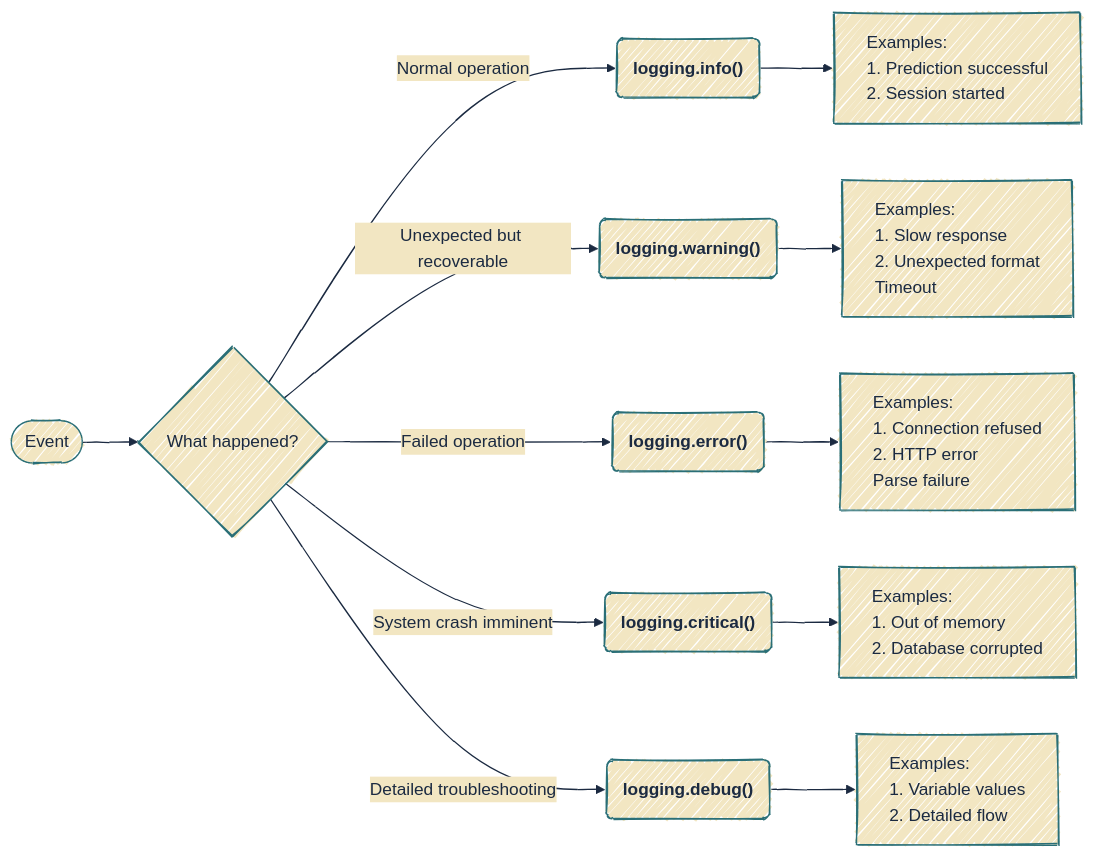
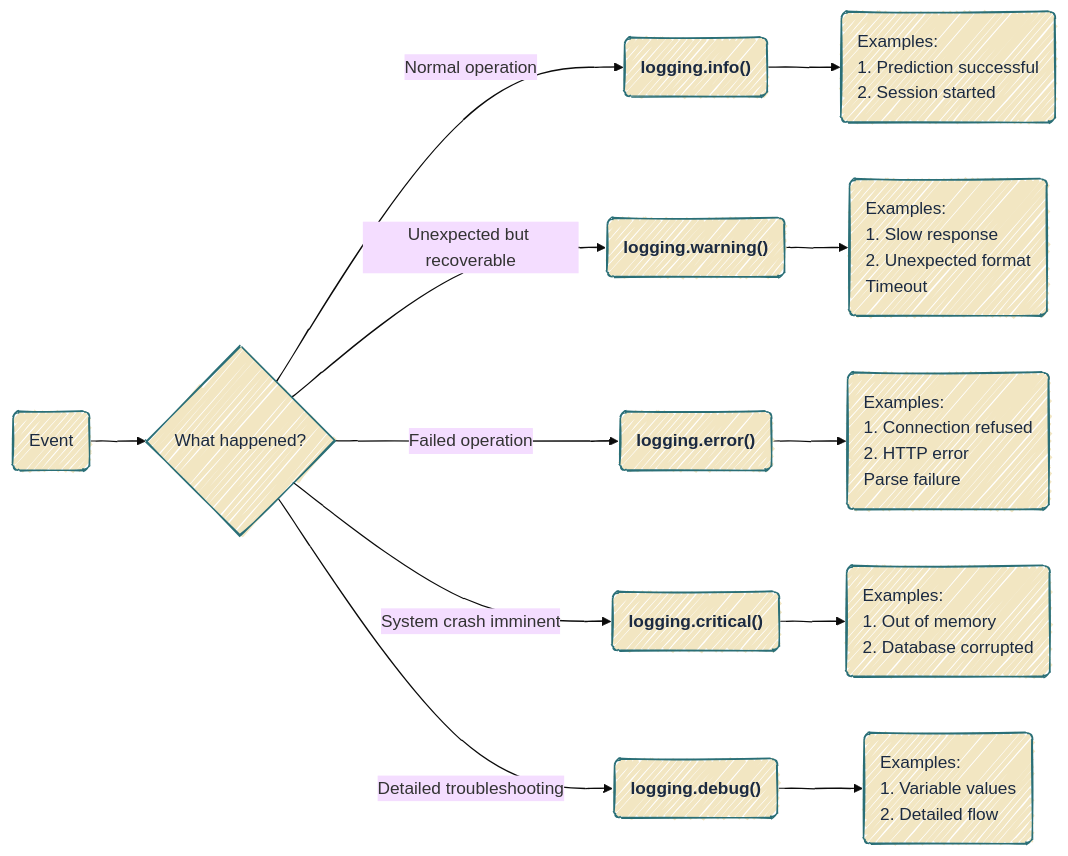
Diagram 13 of 15 in app-log-py.qmd (mjfrigaard/do4ds-labs), drawn with Mermaid before and after one commit. The commit also changed other lines of this file and 37 other files, not shown here.

Commit message:
updates to mermaid

````diff
--- a/app-log-py.qmd
+++ b/app-log-py.qmd
@@ -1545,29 +1588,30 @@
 ```{mermaid}
 %%| fig-cap: 'Logging Levels Decision Tree'
 %%| fig-width: 7.0
 %%| fig-align: center
-%%{init: {'theme': 'base', 'look': 'handDrawn', 'themeVariables': { 'fontFamily': 'monospace', 'primaryColor': '#F2E6C2', 'primaryBorderColor': '#2A6F77', 'primaryTextColor': '#1B2A41', 'secondaryColor': '#d4e7e4', 'tertiaryColor': '#f5f0e4', 'lineColor': '#1B2A41', 'edgeLabelBackground': '#F2E6C2'}}}%%
+%%{init: {'theme': 'base', 'look': 'handDrawn', 'themeVariables': {'fontFamily': 'monospace'}}}%%
 
 graph LR
-    A(["Event"]) --> B{"What happened?"}
+    A("Event") --> B{"What happened?"}
     
     B -->|Normal operation| C("<strong>logging.info()</strong>")
     B -->|Unexpected but recoverable| D("<strong>logging.warning()</strong>")
     B -->|Failed operation| E("<strong>logging.error()</strong>")
     B -->|System crash imminent| F("<strong>logging.critical()</strong>")
     B -->|Detailed troubleshooting| G("<strong>logging.debug()</strong>")
     
-    C --> C1["Examples:<br/>1. Prediction successful<br/>2. Session started"]
-    D --> D1["Examples:<br/>1. Slow response<br/>2. Unexpected format<br/>Timeout"]
-    E --> E1["Examples:<br/>1. Connection refused<br/>2. HTTP error<br/>Parse failure"]
-    F --> F1["Examples:<br/>1. Out of memory<br/>2. Database corrupted"]
-    G --> G1["Examples:<br/>1. Variable values<br/>2. Detailed flow"]
+    C --> C1("Examples:<br>1. Prediction successful<br>2. Session started")
+    D --> D1("Examples:<br>1. Slow response<br>2. Unexpected format<br>Timeout")
+    E --> E1("Examples:<br>1. Connection refused<br>2. HTTP error<br>Parse failure")
+    F --> F1("Examples:<br>1. Out of memory<br>2. Database corrupted")
+    G --> G1("Examples:<br>1. Variable values<br>2. Detailed flow")
     
     style C1 text-align:left
     style D1 text-align:left
     style E1 text-align:left
     style F1 text-align:left
     style G1 text-align:left
+    classDef default fill:#F2E6C2,stroke:#2A6F77,color:#1B2A41
     
     
 ```
````
